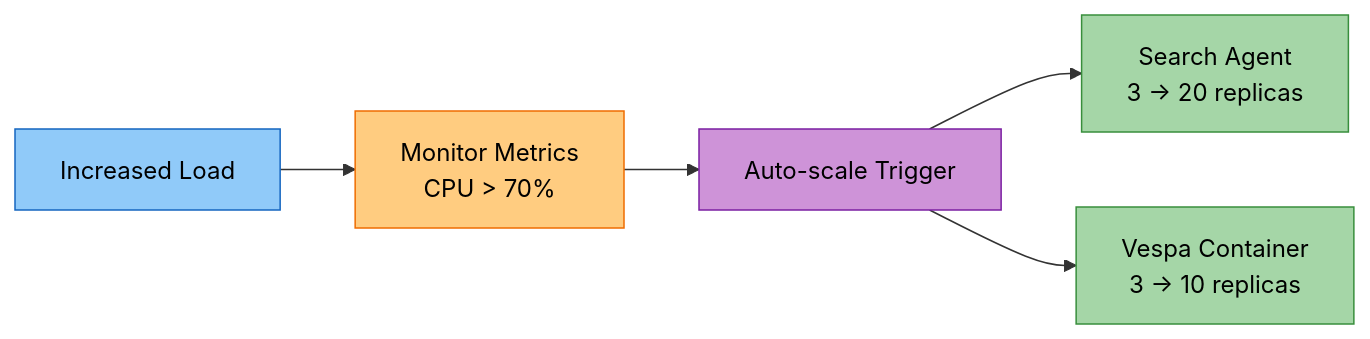
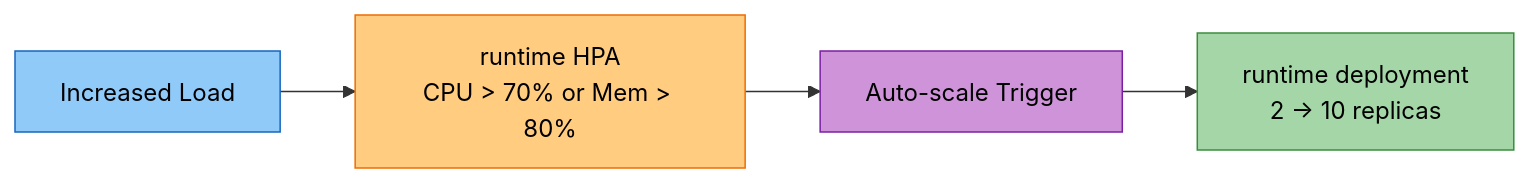
One commit to amit-jain/cogniverse changed the fifth of 5 diagrams in docs/operations/performance-monitoring.md. Above: the diagram before and after it, drawn with Mermaid. The commit also changed other lines of this file and 50 other files, not shown here.

First line of the commit message:
Complete and verify docs against code with mermaid palette

````diff
--- a/docs/operations/performance-monitoring.md
+++ b/docs/operations/performance-monitoring.md
@@ -382,17 +408,15 @@
 ```mermaid
 flowchart LR
     Load["<span style='color:#000'>Increased Load</span>"]
 
-    Load --> Monitor["<span style='color:#000'>Monitor Metrics<br/>CPU > 70%</span>"]
+    Load --> Monitor["<span style='color:#000'>runtime HPA<br/>CPU > 70% or Mem > 80%</span>"]
 
     Monitor --> Scale["<span style='color:#000'>Auto-scale Trigger</span>"]
 
-    Scale --> SearchAgent["<span style='color:#000'>Search Agent<br/>3 → 20 replicas</span>"]
-    Scale --> VespaContainer["<span style='color:#000'>Vespa Container<br/>3 → 10 replicas</span>"]
+    Scale --> Runtime["<span style='color:#000'>runtime deployment<br/>2 → 10 replicas</span>"]
 
     style Load fill:#90caf9,stroke:#1565c0,color:#000
     style Monitor fill:#ffcc80,stroke:#ef6c00,color:#000
     style Scale fill:#ce93d8,stroke:#7b1fa2,color:#000
-    style SearchAgent fill:#a5d6a7,stroke:#388e3c,color:#000
-    style VespaContainer fill:#a5d6a7,stroke:#388e3c,color:#000
+    style Runtime fill:#a5d6a7,stroke:#388e3c,color:#000
 ```
````
